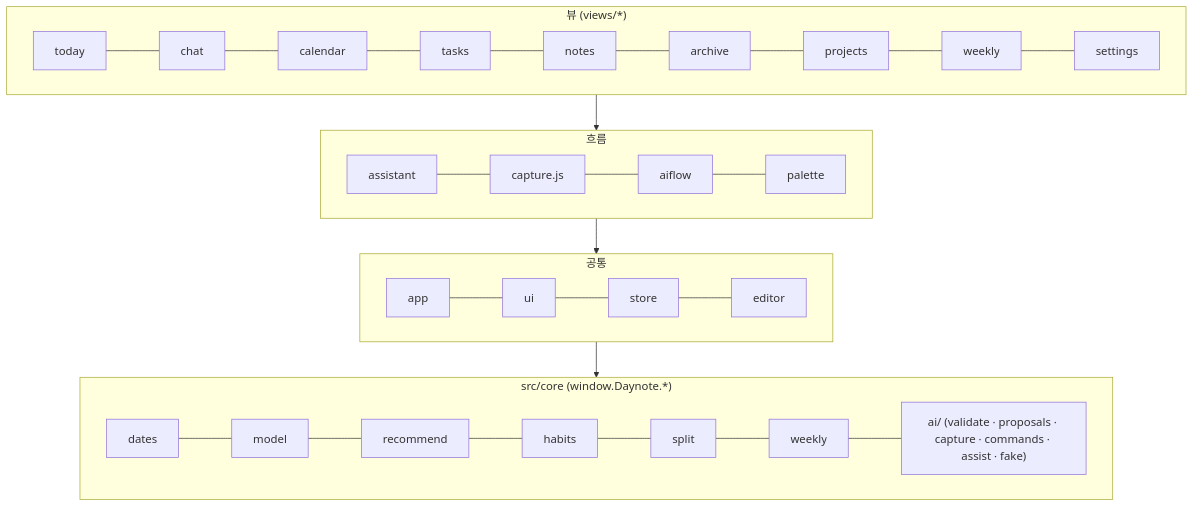
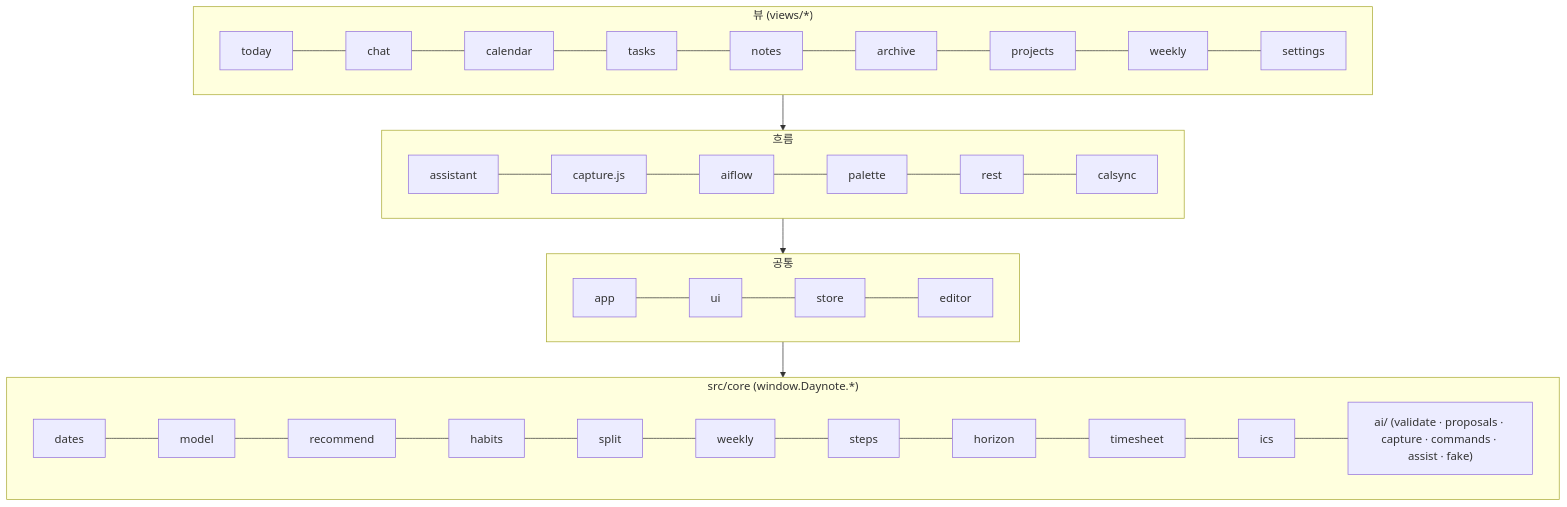
The second of 4 diagrams in daynote/ARCHITECTURE.md (Alta-kr/famem), drawn with Mermaid before and after one commit. The commit also changed other lines of this file and 34 other files, not shown here.

````diff
--- a/daynote/ARCHITECTURE.md
+++ b/daynote/ARCHITECTURE.md
@@ -92,20 +99,20 @@
 ```mermaid
 flowchart TB
   subgraph L4["뷰 (views/*)"]
     direction LR
     today --- chat --- calendar --- tasks --- notes --- archive --- projects --- weekly --- settings
   end
   subgraph L3["흐름"]
     direction LR
-    assistant --- capture2[capture.js] --- aiflow --- palette
+    assistant --- capture2[capture.js] --- aiflow --- palette --- rest --- calsync
   end
   subgraph L2["공통"]
     direction LR
     app --- ui --- store --- editor
   end
   subgraph L1["src/core (window.Daynote.*)"]
     direction LR
-    dates --- model --- recommend --- habits --- split --- weekly2[weekly] --- aiCore["ai/ (validate · proposals · capture · commands · assist · fake)"]
+    dates --- model --- recommend --- habits --- split --- weekly2[weekly] --- steps --- horizon --- timesheet --- ics --- aiCore["ai/ (validate · proposals · capture · commands · assist · fake)"]
   end
   L4 --> L3 --> L2 --> L1
 ```
````
